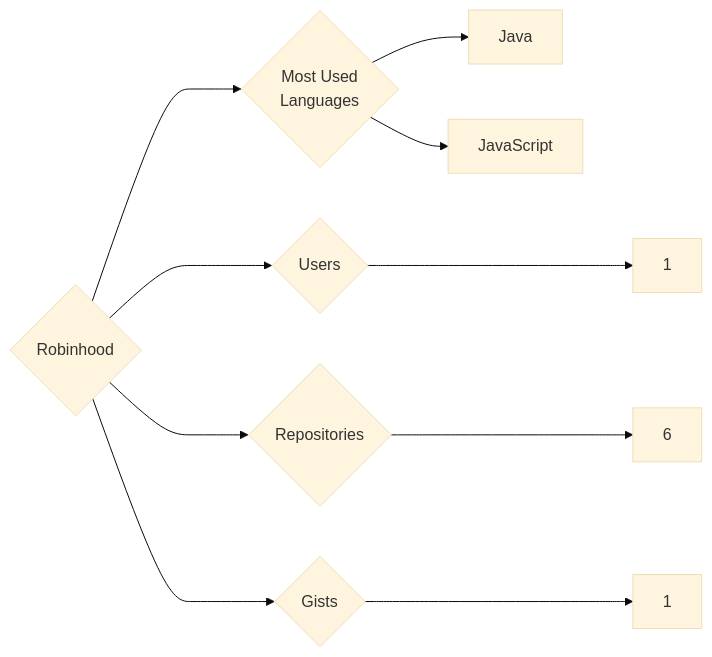
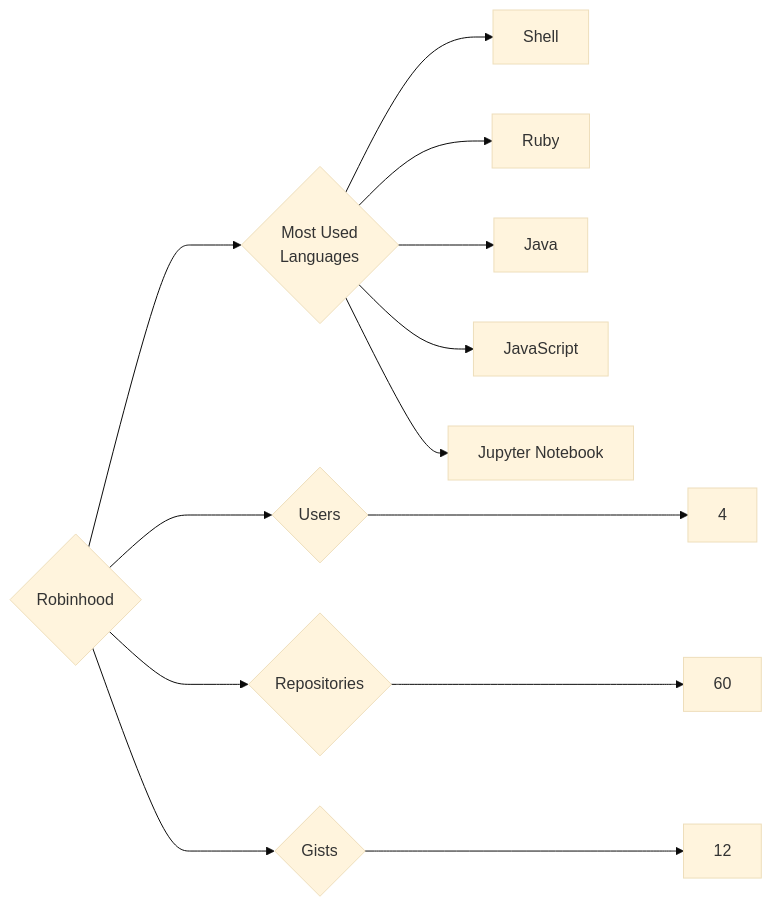
The diagram in targets/Robinhood/README.md (trickest/insiders), drawn with Mermaid (base theme) before and after one commit. The commit also changed 444 other files, not shown here.

````diff
--- a/targets/Robinhood/README.md
+++ b/targets/Robinhood/README.md
@@ -3,10 +3,13 @@
 ```mermaid
 graph LR
 COMPANY_NAME{Robinhood}
-COMPANY_NAME ---> U{Users} ---> UN[1]
-COMPANY_NAME ---> R{Repositories} ---> RN[6]
-COMPANY_NAME ---> G{Gists} ---> GN[1]
+COMPANY_NAME ---> U{Users} ---> UN[4]
+COMPANY_NAME ---> R{Repositories} ---> RN[60]
+COMPANY_NAME ---> G{Gists} ---> GN[12]
 COMPANY_NAME ---> ML{Most Used<br>Languages}
+ML --> Shell[Shell]
+ML --> Ruby[Ruby]
 ML --> Java[Java]
 ML --> JavaScript[JavaScript]
+ML --> Jupyter_Notebook[Jupyter Notebook]
 ```
````
